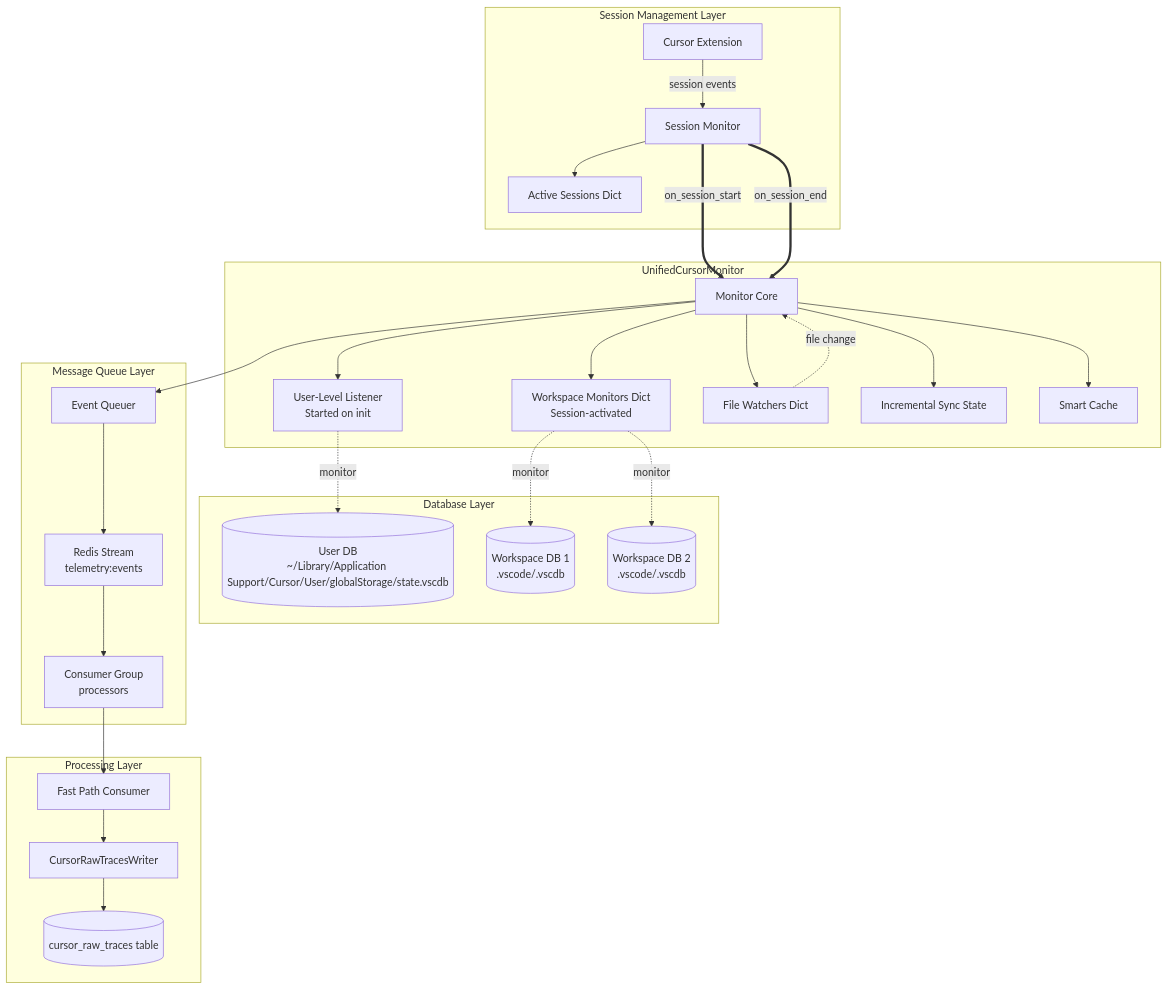
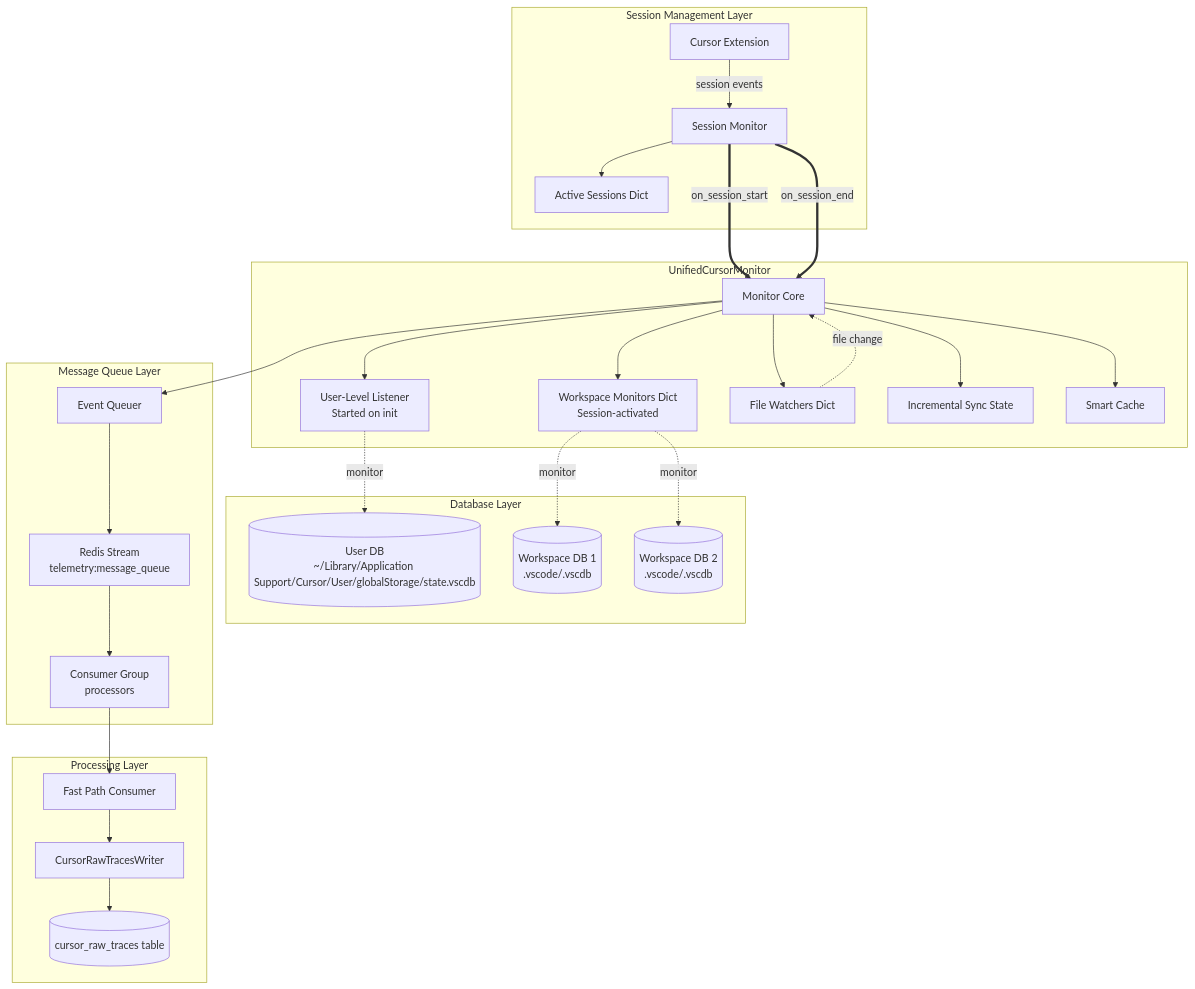
One commit to blueplane-ai/bp-telemetry-core changed the first of 3 diagrams in docs/CURSOR_RAW_TRACES_CAPTURE.md. Above: the diagram before and after it, drawn with Mermaid. The commit also changed other lines of this file and 30 other files, not shown here.

First line of the commit message:
docs: Update all telemetry:events references to telemetry:message_queue

````diff
--- a/docs/CURSOR_RAW_TRACES_CAPTURE.md
+++ b/docs/CURSOR_RAW_TRACES_CAPTURE.md
@@ -25,55 +25,55 @@
 ```mermaid
 graph TB
     subgraph "Session Management Layer"
         CE[Cursor Extension]
         SM[Session Monitor]
         AS[Active Sessions Dict]
         CE -->|session events| SM
         SM --> AS
     end
 
     subgraph "UnifiedCursorMonitor"
         UC[Monitor Core]
         UL[User-Level Listener<br/>Started on init]
         WM[Workspace Monitors Dict<br/>Session-activated]
         FW[File Watchers Dict]
         IS[Incremental Sync State]
         SC[Smart Cache]
         UC --> UL
         UC --> WM
         UC --> FW
         UC --> IS
         UC --> SC
     end
 
     subgraph "Database Layer"
         UD[(User DB<br/>~/Library/Application Support/Cursor/User/globalStorage/state.vscdb)]
         WD1[(Workspace DB 1<br/>.vscode/.vscdb)]
         WD2[(Workspace DB 2<br/>.vscode/.vscdb)]
         UL -.->|monitor| UD
         WM -.->|monitor| WD1
         WM -.->|monitor| WD2
     end
 
     subgraph "Message Queue Layer"
         EQ[Event Queuer]
-        RQ[Redis Stream<br/>telemetry:events]
+        RQ[Redis Stream<br/>telemetry:message_queue]
         CG[Consumer Group<br/>processors]
         UC --> EQ
         EQ --> RQ
         RQ --> CG
     end
 
     subgraph "Processing Layer"
         FP[Fast Path Consumer]
         CW[CursorRawTracesWriter]
         CRT[(cursor_raw_traces table)]
         CG --> FP
         FP --> CW
         CW --> CRT
     end
 
     SM ===>|on_session_start| UC
     SM ===>|on_session_end| UC
     FW -.->|file change| UC
 ```
````
